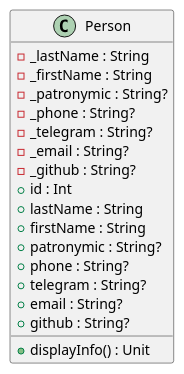
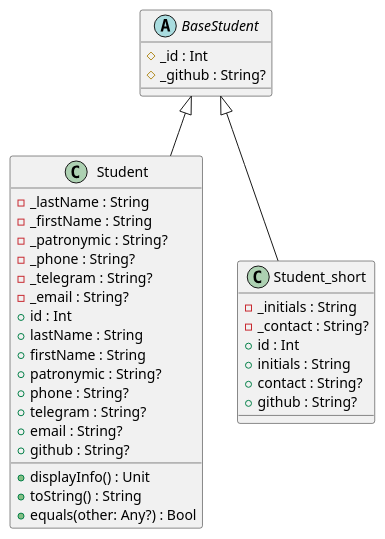
Before and after one commit to rndtrash/uni-patterns: the diagram in lab1/uml.puml, drawn with PlantUML. The commit also changed 1 other file, not shown here.

Commit message:
Составил UML диаграмму

```diff
--- a/lab1/uml.puml
+++ b/lab1/uml.puml
@@ -1,20 +1,38 @@
 @startuml
-class Person {
+class Student {
   - _lastName : String
   - _firstName : String
   - _patronymic : String?
   - _phone : String?
   - _telegram : String?
   - _email : String?
-  - _github : String?
   + id : Int
   + lastName : String
   + firstName : String
   + patronymic : String?
   + phone : String?
   + telegram : String?
   + email : String?
   + github : String?
   + displayInfo() : Unit
+  + toString() : String
+  + equals(other: Any?) : Bool
 }
+
+class Student_short {
+  - _initials : String
+  - _contact : String?
+  + id : Int
+  + initials : String
+  + contact : String?
+  + github : String?
+}
+
+abstract class BaseStudent {
+  # _id : Int
+  # _github : String?
+}
+
+BaseStudent <|-- Student
+BaseStudent <|-- Student_short
 @enduml
```
